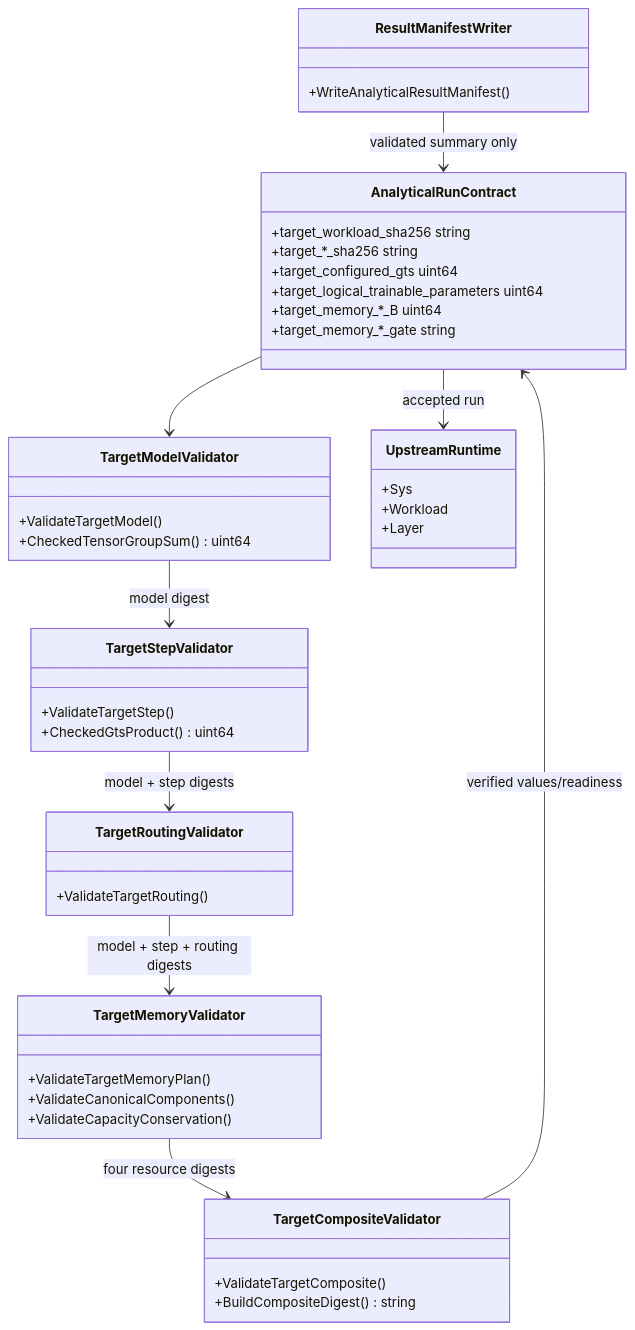
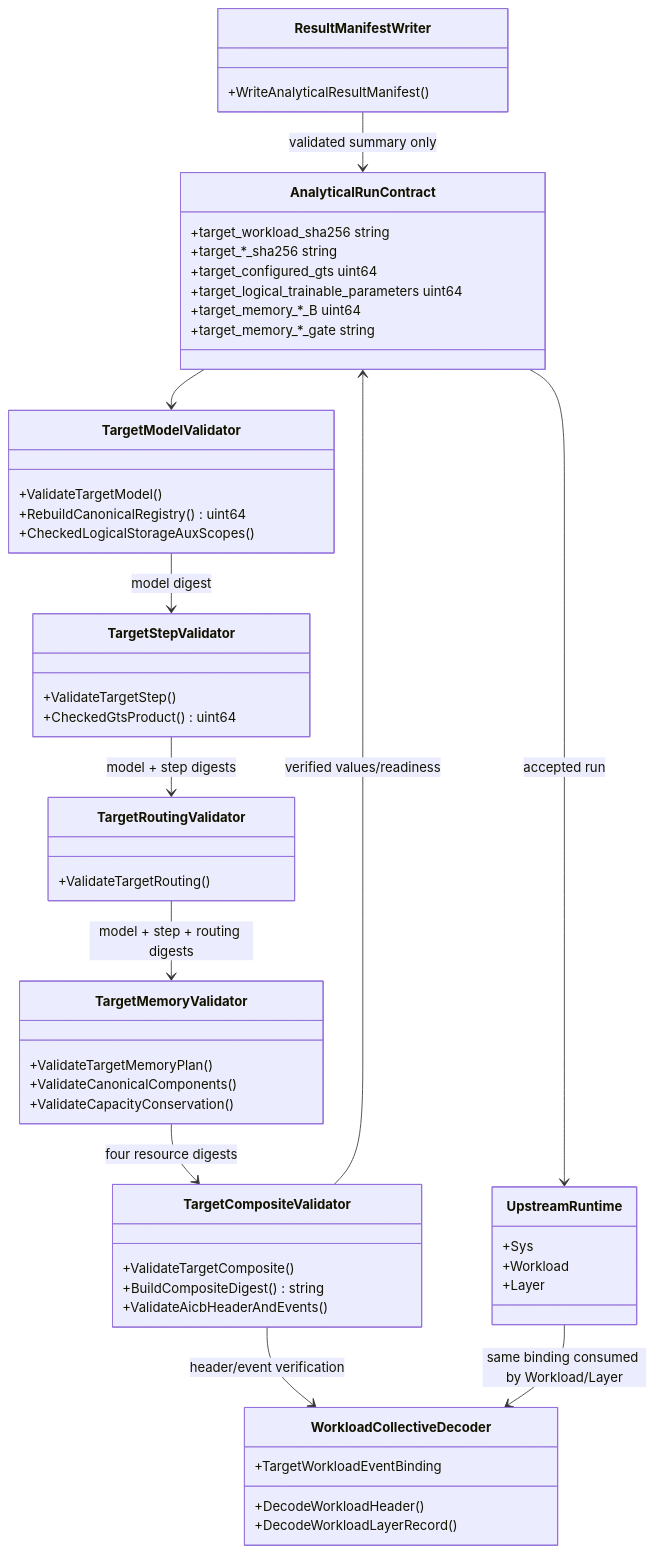
One commit to Kirrito-k423/SimAI-Ascend changed the second of 2 diagrams in docs/design/issue-19-design.md. Above: the diagram before and after it, drawn with Mermaid. The commit also changed other lines of this file and 15 other files, not shown here.

Commit message:
fix: close target workload review gaps (#19)

````diff
--- a/docs/design/issue-19-design.md
+++ b/docs/design/issue-19-design.md
@@ -100,48 +105,57 @@
 ```mermaid
 classDiagram
     class AnalyticalRunContract {
       +target_workload_sha256 string
       +target_*_sha256 string
       +target_configured_gts uint64
       +target_logical_trainable_parameters uint64
       +target_memory_*_B uint64
       +target_memory_*_gate string
     }
     class TargetModelValidator {
       +ValidateTargetModel()
-      +CheckedTensorGroupSum() uint64
+      +RebuildCanonicalRegistry() uint64
+      +CheckedLogicalStorageAuxScopes()
     }
     class TargetStepValidator {
       +ValidateTargetStep()
       +CheckedGtsProduct() uint64
     }
     class TargetRoutingValidator {
       +ValidateTargetRouting()
     }
     class TargetMemoryValidator {
       +ValidateTargetMemoryPlan()
       +ValidateCanonicalComponents()
       +ValidateCapacityConservation()
     }
     class TargetCompositeValidator {
       +ValidateTargetComposite()
       +BuildCompositeDigest() string
+      +ValidateAicbHeaderAndEvents()
+    }
+    class WorkloadCollectiveDecoder {
+      +DecodeWorkloadHeader()
+      +DecodeWorkloadLayerRecord()
+      +TargetWorkloadEventBinding
     }
     class ResultManifestWriter {
       +WriteAnalyticalResultManifest()
     }
     class UpstreamRuntime {
       +Sys
       +Workload
       +Layer
     }
 
     AnalyticalRunContract --> TargetModelValidator
     TargetModelValidator --> TargetStepValidator : model digest
     TargetStepValidator --> TargetRoutingValidator : model + step digests
     TargetRoutingValidator --> TargetMemoryValidator : model + step + routing digests
     TargetMemoryValidator --> TargetCompositeValidator : four resource digests
     TargetCompositeValidator --> AnalyticalRunContract : verified values/readiness
+    TargetCompositeValidator --> WorkloadCollectiveDecoder : header/event verification
     AnalyticalRunContract --> UpstreamRuntime : accepted run
+    UpstreamRuntime --> WorkloadCollectiveDecoder : same binding consumed by Workload/Layer
     ResultManifestWriter --> AnalyticalRunContract : validated summary only
 ```
````
